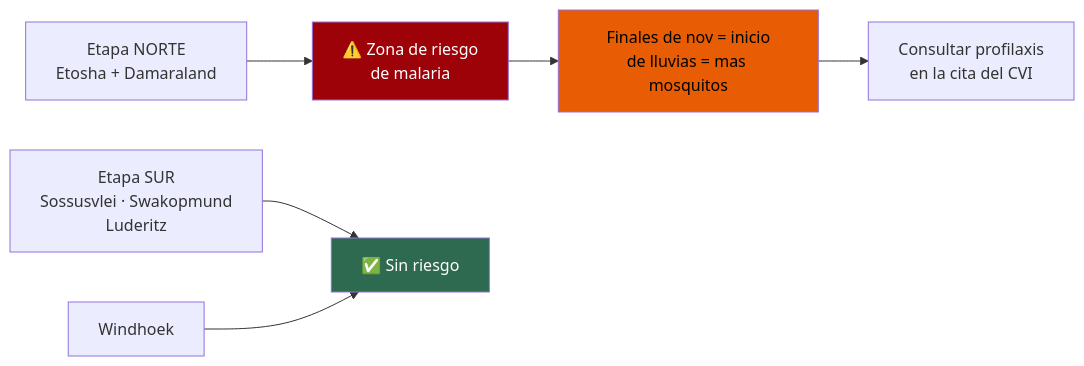
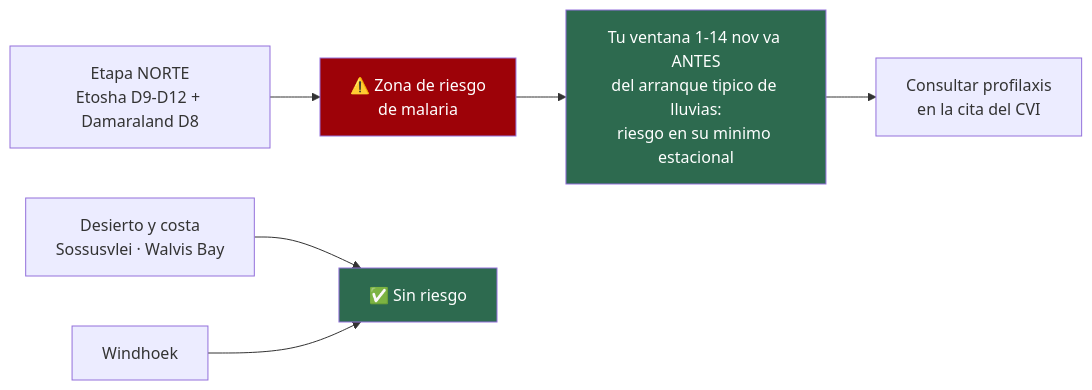
Before and after one commit to morandeirachema/namibia: the second of 6 diagrams in 03-guia-preparacion.md, drawn with Mermaid. The commit also changed other lines of this file, not shown here.

````diff
--- a/03-guia-preparacion.md
+++ b/03-guia-preparacion.md
@@ -82,11 +84,11 @@
 ```mermaid
 flowchart LR
-    N["Etapa NORTE<br/>Etosha + Damaraland"] --> R["⚠️ Zona de riesgo<br/>de malaria"]
-    S["Etapa SUR<br/>Sossusvlei · Swakopmund<br/>Luderitz"] --> NR["✅ Sin riesgo"]
+    N["Etapa NORTE<br/>Etosha D9-D12 + Damaraland D8"] --> R["⚠️ Zona de riesgo<br/>de malaria"]
+    S["Desierto y costa<br/>Sossusvlei · Walvis Bay"] --> NR["✅ Sin riesgo"]
     W["Windhoek"] --> NR
-    R --> T["Finales de nov = inicio<br/>de lluvias = mas mosquitos"]
+    R --> T["Tu ventana 1-14 nov va ANTES<br/>del arranque tipico de lluvias:<br/>riesgo en su minimo estacional"]
     T --> P["Consultar profilaxis<br/>en la cita del CVI"]
     style R fill:#9d0208,color:#fff
     style NR fill:#2d6a4f,color:#fff
-    style T fill:#e85d04,color:#000
+    style T fill:#2d6a4f,color:#fff
 ```
````
